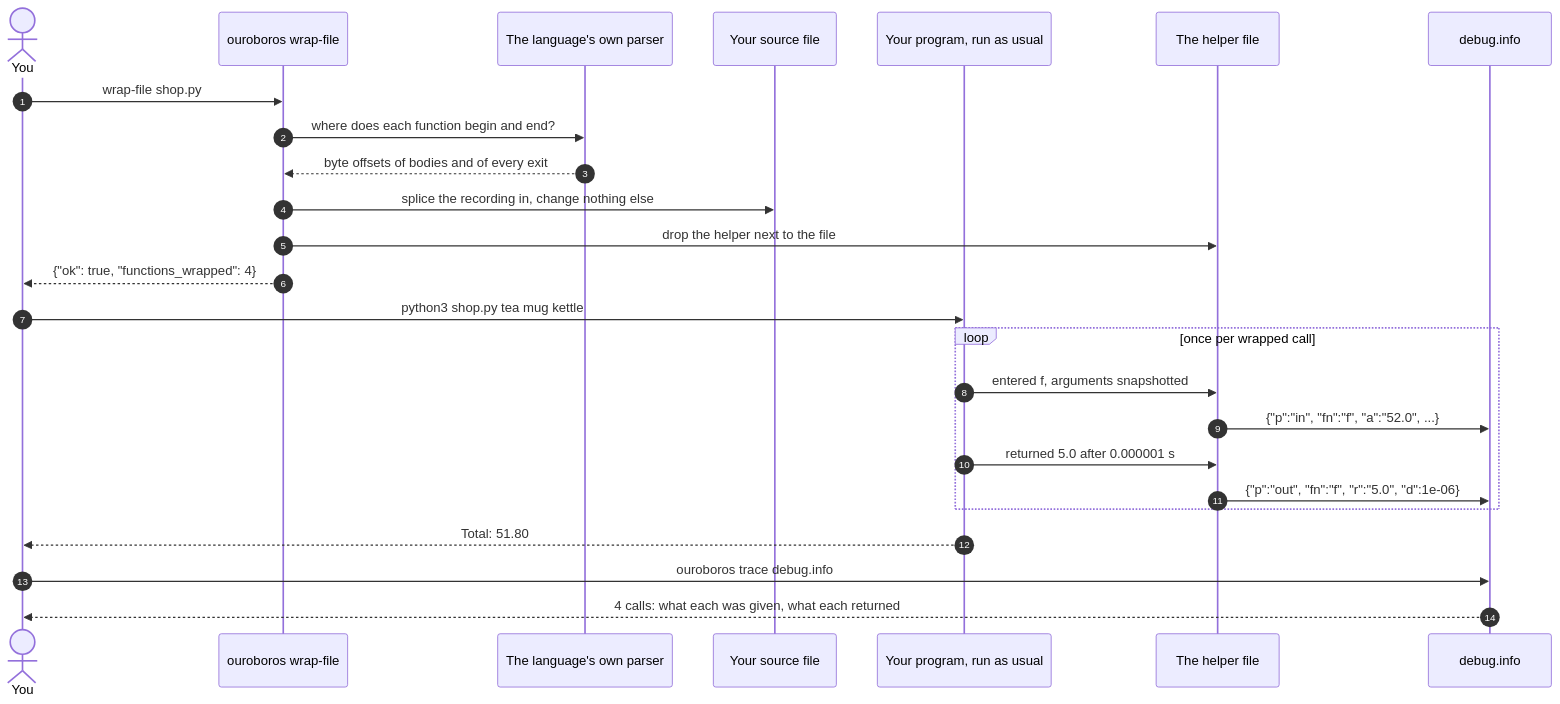
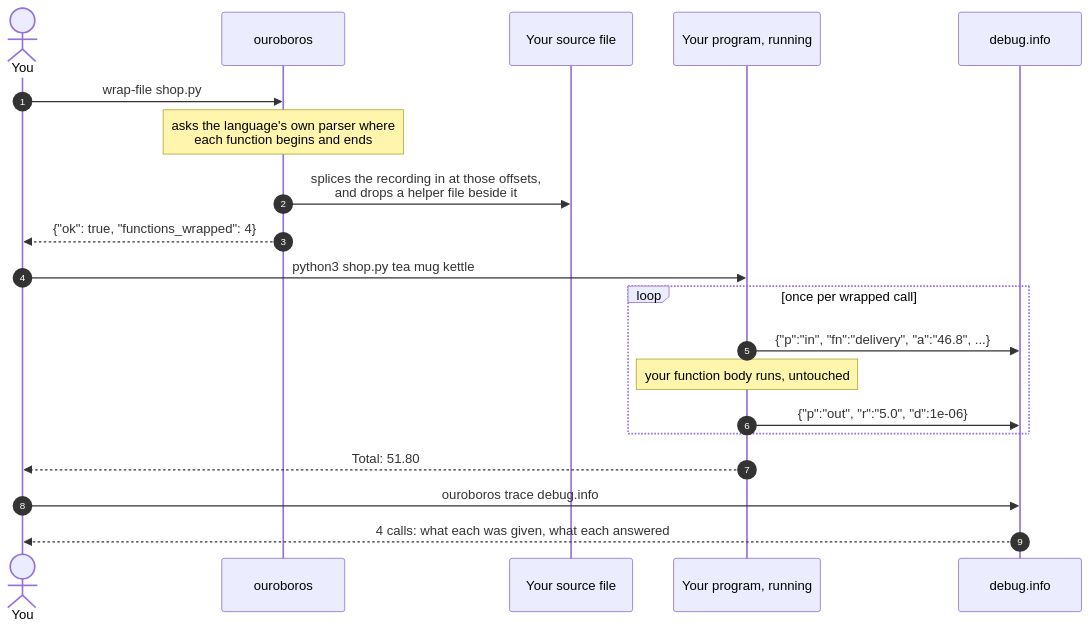
The diagram in site/diagrams/pipeline.mmd (digitable-lol/ouroboros), drawn with Mermaid before and after one commit. The commit also changed 28 other files, not shown here.

```diff
--- a/site/diagrams/pipeline.mmd
+++ b/site/diagrams/pipeline.mmd
@@ -1,28 +1,23 @@
 sequenceDiagram
     autonumber
     actor You
-    participant CLI as ouroboros wrap-file
-    participant Parser as The language's own parser
+    participant CLI as ouroboros
     participant File as Your source file
-    participant Run as Your program, run as usual
-    participant Helper as The helper file
+    participant Run as Your program, running
     participant Sink as debug.info
 
     You->>CLI: wrap-file shop.py
-    CLI->>Parser: where does each function begin and end?
-    Parser-->>CLI: byte offsets of bodies and of every exit
-    CLI->>File: splice the recording in, change nothing else
-    CLI->>Helper: drop the helper next to the file
+    Note over CLI: asks the language's own parser where<br/>each function begins and ends
+    CLI->>File: splices the recording in at those offsets,<br/>and drops a helper file beside it
     CLI-->>You: {"ok": true, "functions_wrapped": 4}
 
     You->>Run: python3 shop.py tea mug kettle
     loop once per wrapped call
-        Run->>Helper: entered f, arguments snapshotted
-        Helper->>Sink: {"p":"in", "fn":"f", "a":"52.0", ...}
-        Run->>Helper: returned 5.0 after 0.000001 s
-        Helper->>Sink: {"p":"out", "fn":"f", "r":"5.0", "d":1e-06}
+        Run->>Sink: {"p":"in", "fn":"delivery", "a":"46.8", ...}
+        Note over Run: your function body runs, untouched
+        Run->>Sink: {"p":"out", "r":"5.0", "d":1e-06}
     end
     Run-->>You: Total: 51.80
 
     You->>Sink: ouroboros trace debug.info
-    Sink-->>You: 4 calls: what each was given, what each returned
+    Sink-->>You: 4 calls: what each was given, what each answered
```
